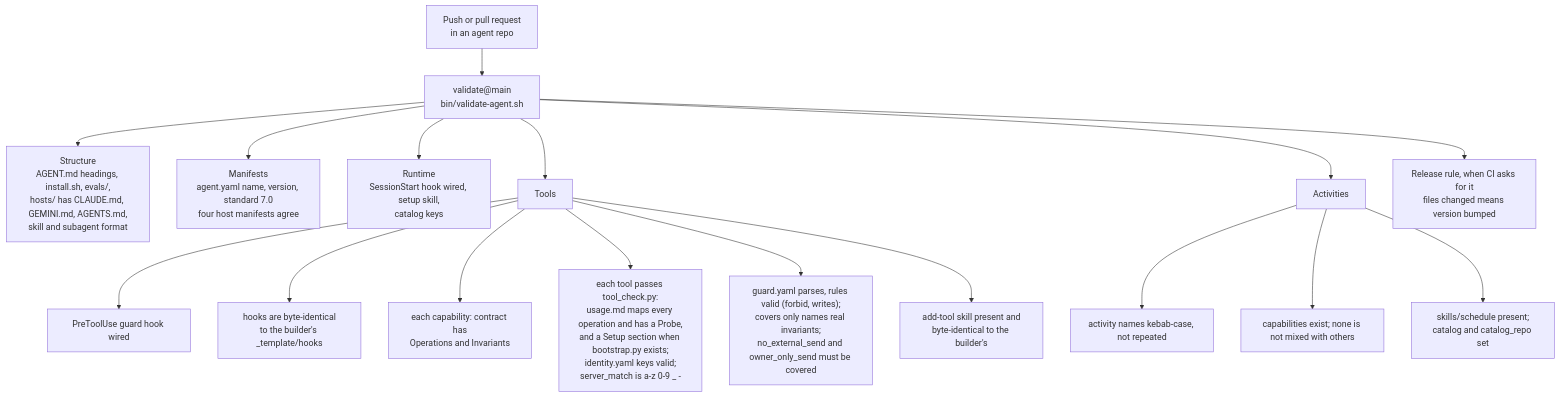
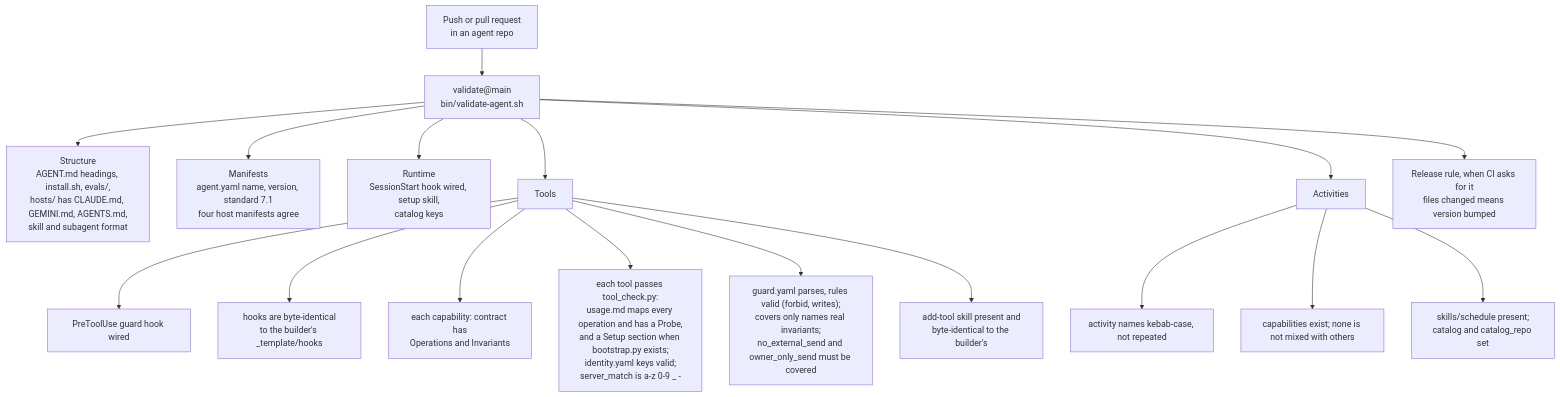
The second of 6 diagrams in docs/how-it-works.md (webspenser/agent-builder), drawn with Mermaid before and after one commit. The commit also changed other lines of this file and 1 other file, not shown here.

Commit message:
docs: how-it-works names standard 7.1 and builder 7.1.0

````diff
--- a/docs/how-it-works.md
+++ b/docs/how-it-works.md
@@ -205,19 +205,19 @@
 ```mermaid
 flowchart TD
   S["Push or pull request<br/>in an agent repo"] --> V["validate@main<br/>bin/validate-agent.sh"]
   V --> ST["Structure<br/>AGENT.md headings, install.sh, evals/,<br/>hosts/ has CLAUDE.md, GEMINI.md, AGENTS.md,<br/>skill and subagent format"]
-  V --> MF["Manifests<br/>agent.yaml name, version, standard 7.0<br/>four host manifests agree"]
+  V --> MF["Manifests<br/>agent.yaml name, version, standard 7.1<br/>four host manifests agree"]
   V --> RT["Runtime<br/>SessionStart hook wired, setup skill,<br/>catalog keys"]
   V --> TL["Tools"]
   V --> AC["Activities"]
   V --> BU["Release rule, when CI asks for it<br/>files changed means version bumped"]
   TL --> T1["PreToolUse guard hook wired"]
   TL --> T2["hooks are byte-identical<br/>to the builder's _template/hooks"]
   TL --> T3["each capability: contract has<br/>Operations and Invariants"]
   TL --> T4["each tool passes tool_check.py:<br/>usage.md maps every operation and has a Probe,<br/>and a Setup section when bootstrap.py exists;<br/>identity.yaml keys valid;<br/>server_match is a-z 0-9 _ -"]
   TL --> T5["guard.yaml parses, rules valid (forbid, writes);<br/>covers only names real invariants;<br/>no_external_send and owner_only_send must be covered"]
   TL --> T6["add-tool skill present and<br/>byte-identical to the builder's"]
   AC --> A1["activity names kebab-case, not repeated"]
   AC --> A2["capabilities exist; none is not mixed with others"]
   AC --> A3["skills/schedule present;<br/>catalog and catalog_repo set"]
 ```
````
